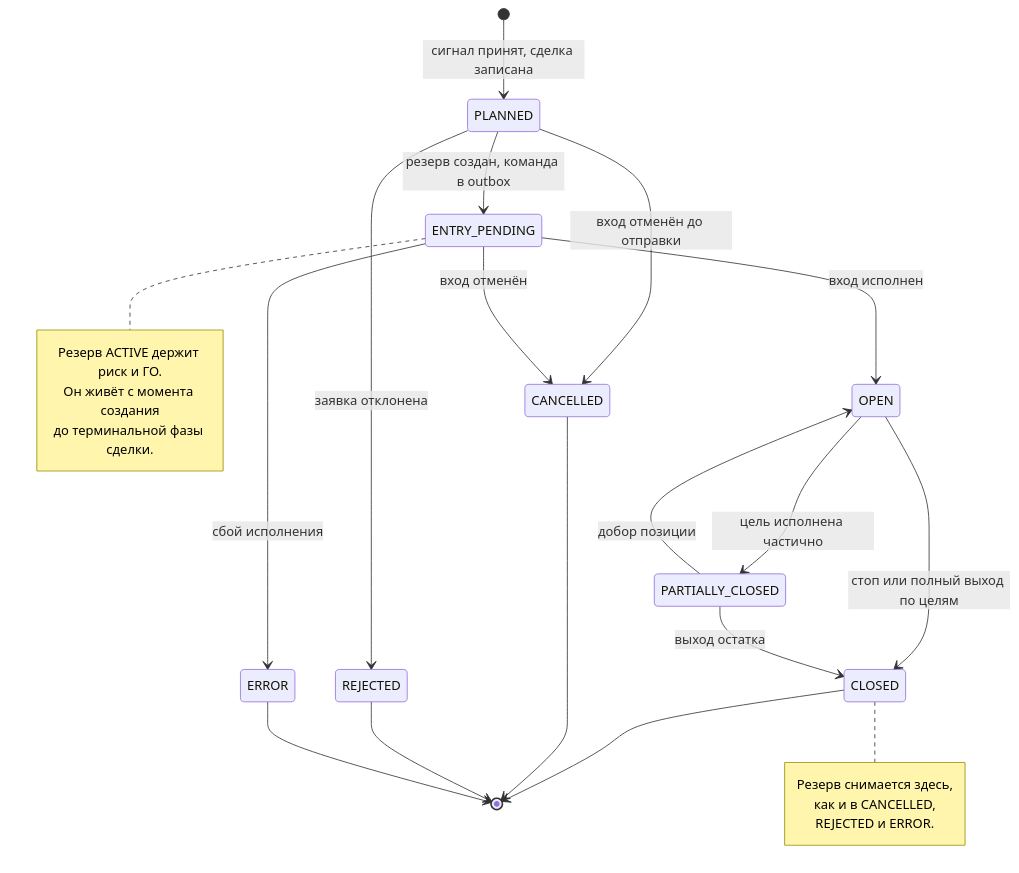
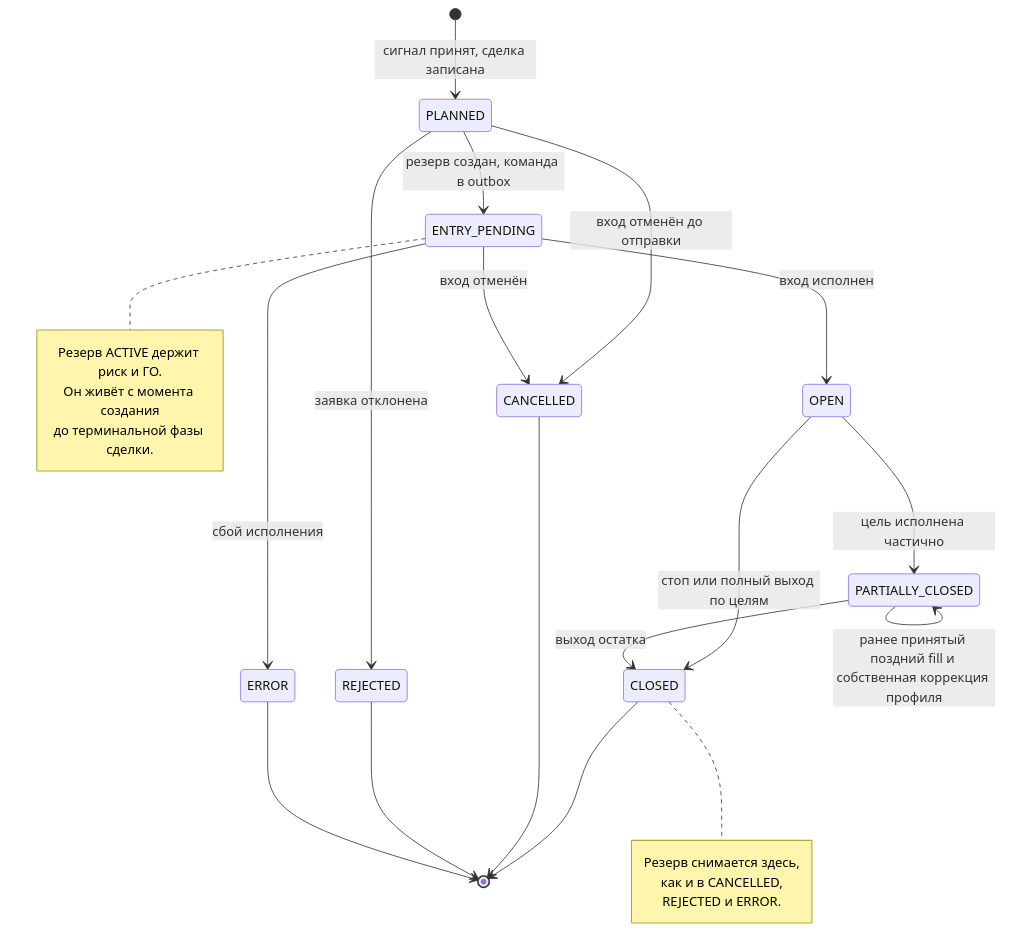
Before and after one commit to vladilenao/My_roBot: the third of 3 diagrams in docs/trade-management/signal-pipeline.md, drawn with Mermaid. The commit also changed other lines of this file and 156 other files, not shown here.

````diff
--- a/docs/trade-management/signal-pipeline.md
+++ b/docs/trade-management/signal-pipeline.md
@@ -143,30 +134,30 @@
 ```mermaid
 stateDiagram-v2
     [*] --> PLANNED: сигнал принят, сделка записана
     PLANNED --> ENTRY_PENDING: резерв создан, команда в outbox
     PLANNED --> CANCELLED: вход отменён до отправки
     PLANNED --> REJECTED: заявка отклонена
     ENTRY_PENDING --> OPEN: вход исполнен
     ENTRY_PENDING --> CANCELLED: вход отменён
     ENTRY_PENDING --> ERROR: сбой исполнения
     OPEN --> PARTIALLY_CLOSED: цель исполнена частично
     OPEN --> CLOSED: стоп или полный выход по целям
-    PARTIALLY_CLOSED --> OPEN: добор позиции
+    PARTIALLY_CLOSED --> PARTIALLY_CLOSED: ранее принятый поздний fill и собственная коррекция профиля
     PARTIALLY_CLOSED --> CLOSED: выход остатка
     CLOSED --> [*]
     CANCELLED --> [*]
     REJECTED --> [*]
     ERROR --> [*]
 
     note right of ENTRY_PENDING
         Резерв ACTIVE держит риск и ГО.
         Он живёт с момента создания
         до терминальной фазы сделки.
     end note
 
     note right of CLOSED
         Резерв снимается здесь,
         как и в CANCELLED,
         REJECTED и ERROR.
     end note
 ```
````
